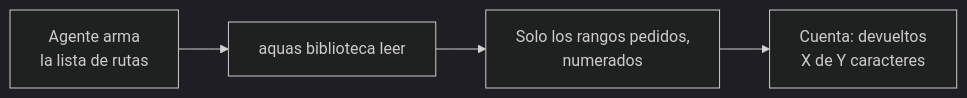
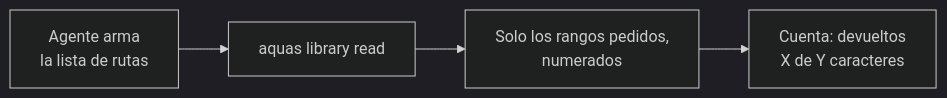
One commit to jliberal-aquas/aquas-central-harness-government changed the first of 3 diagrams in docs/E001/F003/README.md. Above: the diagram before and after it, drawn with Mermaid (dark theme). The commit also changed other lines of this file and 184 other files, not shown here.

````diff
--- a/docs/E001/F003/README.md
+++ b/docs/E001/F003/README.md
@@ -37,6 +37,6 @@
 ```mermaid
 flowchart LR
-    A["Agente arma<br/>la lista de rutas"] --> B["aquas biblioteca leer"]
+    A["Agente arma<br/>la lista de rutas"] --> B["aquas library read"]
     B --> C["Solo los rangos pedidos,<br/>numerados"]
     C --> D["Cuenta: devueltos<br/>X de Y caracteres"]
 ```
````
